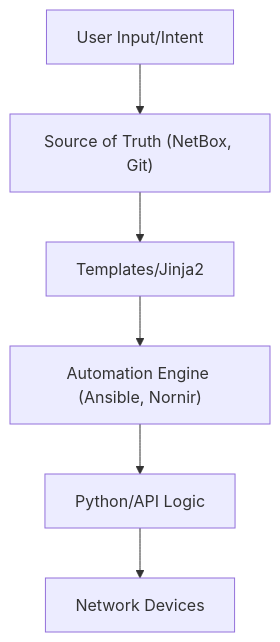
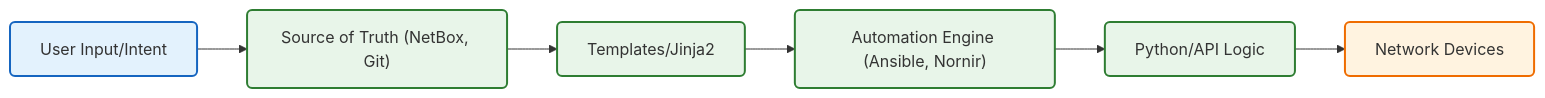
One commit to tej554/network-automation-visuals changed the diagram in diagrams/10-automation-stack.md. Above: the diagram before and after it, drawn with Mermaid. The commit also changed 16 other files, not shown here.

````diff
--- a/diagrams/10-automation-stack.md
+++ b/diagrams/10-automation-stack.md
@@ -7,9 +7,17 @@
 ```mermaid
-graph TD
-    A[User Input/Intent]
-    A --> B["Source of Truth (NetBox, Git)"]
+flowchart LR
+    A[User Input/Intent] --> B["Source of Truth (NetBox, Git)"]
     B --> C[Templates/Jinja2]
     C --> D["Automation Engine (Ansible, Nornir)"]
     D --> E[Python/API Logic]
     E --> F[Network Devices]
+
+    classDef default fill:#fff,stroke:#333,stroke-width:1px,rx:5,ry:5;
+    classDef input fill:#e3f2fd,stroke:#1565c0,stroke-width:2px;
+    classDef logic fill:#e8f5e9,stroke:#2e7d32,stroke-width:2px;
+    classDef device fill:#fff3e0,stroke:#ef6c00,stroke-width:2px;
+
+    class A input;
+    class B,C,D,E logic;
+    class F device;
 ```
````
